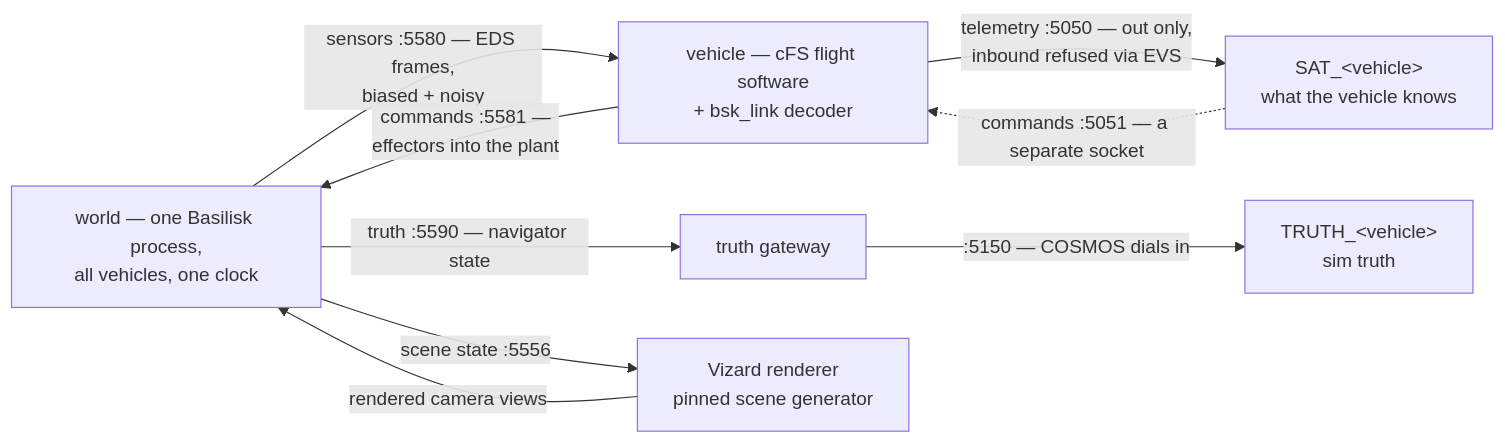
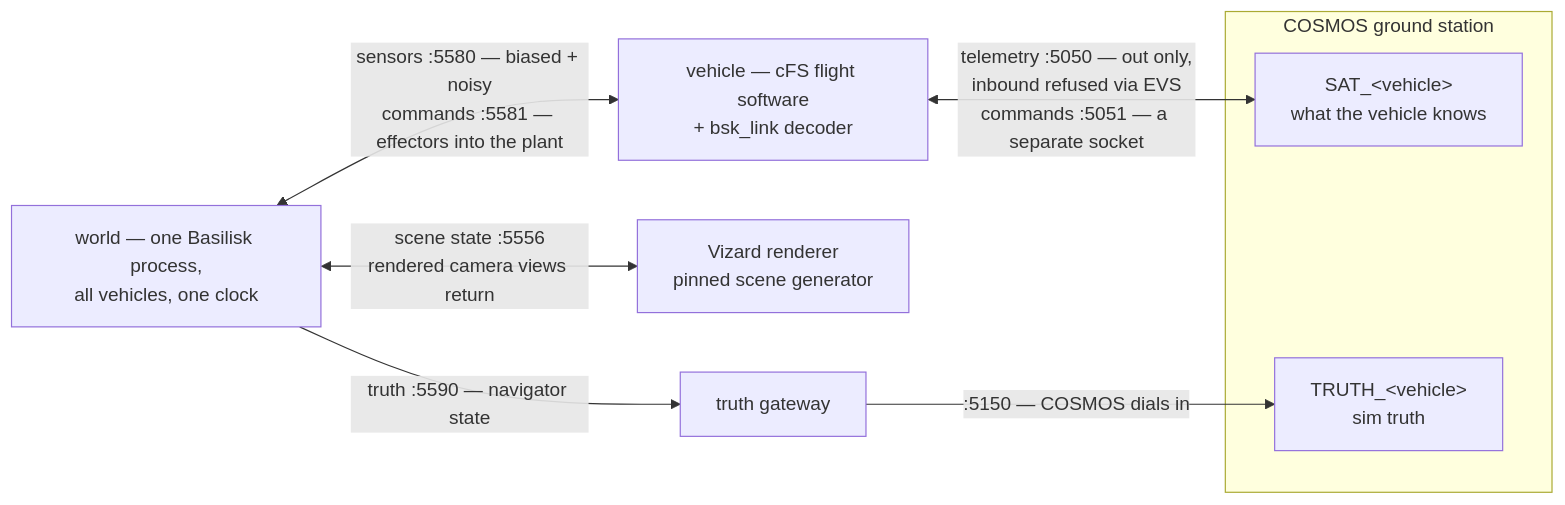
One commit to stephen-ritter/orrery changed the diagram in README.md. Above: the diagram before and after it, drawn with Mermaid.

Commit message:
README diagram: one COSMOS side, honestly drawn
The layout engine was breaking the return-edge cycles (commands back to the
world, ground commands back to the vehicle) by re-ranking nodes, which is
what scattered the two ground-station targets to opposite edges of the
page. Bidirectional edges make the flow strictly hierarchical — world on
the left, vehicle/renderer/gateway in the middle, and a labelled COSMOS
subgraph holding SAT and TRUTH together on the right, where everything
that reaches the station now lands. Each bidirectional edge names both
directions and both ports; the per-direction guarantees (outbound-only
telemetry, refused inbound) live in the table, which is where exactness
belongs.

````diff
--- a/README.md
+++ b/README.md
@@ -146,16 +146,16 @@
 ```mermaid
 flowchart LR
   WORLD["world — one Basilisk process,<br/>all vehicles, one clock"]
   VEH["vehicle — cFS flight software<br/>+ bsk_link decoder"]
-  SAT["SAT_&lt;vehicle&gt;<br/>what the vehicle knows"]
+  REND["Vizard renderer<br/>pinned scene generator"]
   GW["truth gateway"]
-  TRT["TRUTH_&lt;vehicle&gt;<br/>sim truth"]
-  REND["Vizard renderer<br/>pinned scene generator"]
-  WORLD -- "sensors :5580 — EDS frames,<br/>biased + noisy" --> VEH
-  VEH -- "commands :5581 —<br/>effectors into the plant" --> WORLD
-  VEH -- "telemetry :5050 — out only,<br/>inbound refused via EVS" --> SAT
-  SAT -. "commands :5051 — a separate socket" .-> VEH
-  WORLD -- "truth :5590 — navigator state" --> GW -- ":5150 — COSMOS dials in" --> TRT
-  WORLD -- "scene state :5556" --> REND
-  REND -- "rendered camera views" --> WORLD
+  subgraph GS["COSMOS ground station"]
+    SAT["SAT_&lt;vehicle&gt;<br/>what the vehicle knows"]
+    TRT["TRUTH_&lt;vehicle&gt;<br/>sim truth"]
+  end
+  WORLD <-->|"sensors :5580 — biased + noisy<br/>commands :5581 — effectors into the plant"| VEH
+  WORLD <-->|"scene state :5556<br/>rendered camera views return"| REND
+  VEH <-->|"telemetry :5050 — out only,<br/>inbound refused via EVS<br/>commands :5051 — a separate socket"| SAT
+  WORLD -- "truth :5590 — navigator state" --> GW
+  GW -- ":5150 — COSMOS dials in" --> TRT
 ```
````
